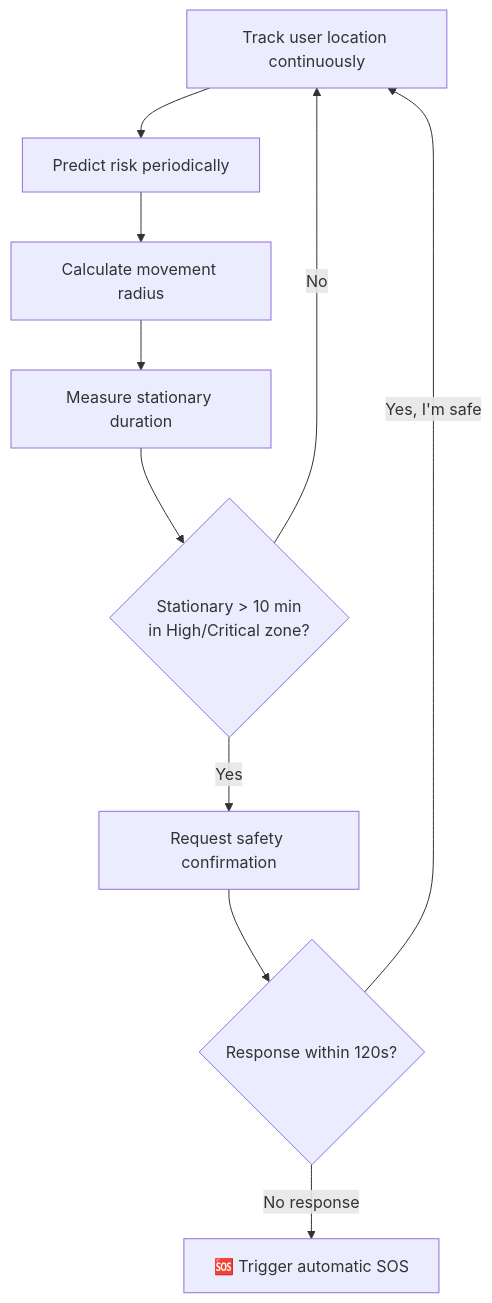
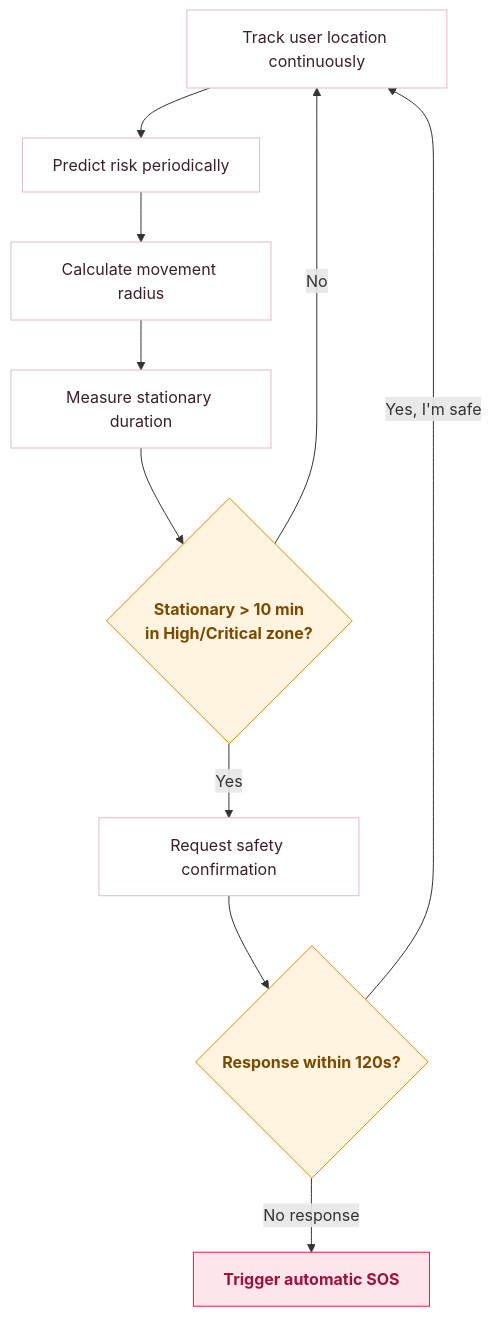
Before and after one commit to umnia28/Nirvaya_app: the second of 2 diagrams in README.md, drawn with Mermaid. The commit also changed other lines of this file, not shown here.

````diff
--- a/README.md
+++ b/README.md
@@ -147,12 +163,16 @@
 ```mermaid
 flowchart TD
-    A[Track user location continuously] --> B[Predict risk periodically]
-    B --> C[Calculate movement radius]
-    C --> D[Measure stationary duration]
-    D --> E{Stationary > 10 min<br/>in High/Critical zone?}
+    A[Track user location continuously]:::step --> B[Predict risk periodically]:::step
+    B --> C[Calculate movement radius]:::step
+    C --> D[Measure stationary duration]:::step
+    D --> E{Stationary &gt; 10 min<br/>in High/Critical zone?}:::decision
     E -- No --> A
-    E -- Yes --> F[Request safety confirmation]
-    F --> G{Response within 120s?}
+    E -- Yes --> F[Request safety confirmation]:::step
+    F --> G{Response within 120s?}:::decision
     G -- Yes, I'm safe --> A
-    G -- No response --> H[🆘 Trigger automatic SOS]
+    G -- No response --> H[Trigger automatic SOS]:::danger
+
+    classDef step fill:#ffffff,stroke:#e4b9cb,color:#3c1f2d;
+    classDef decision fill:#fff4e0,stroke:#e08700,color:#7a4a00,font-weight:bold;
+    classDef danger fill:#fde5ec,stroke:#e11d48,color:#9f1239,font-weight:bold;
 ```
````
